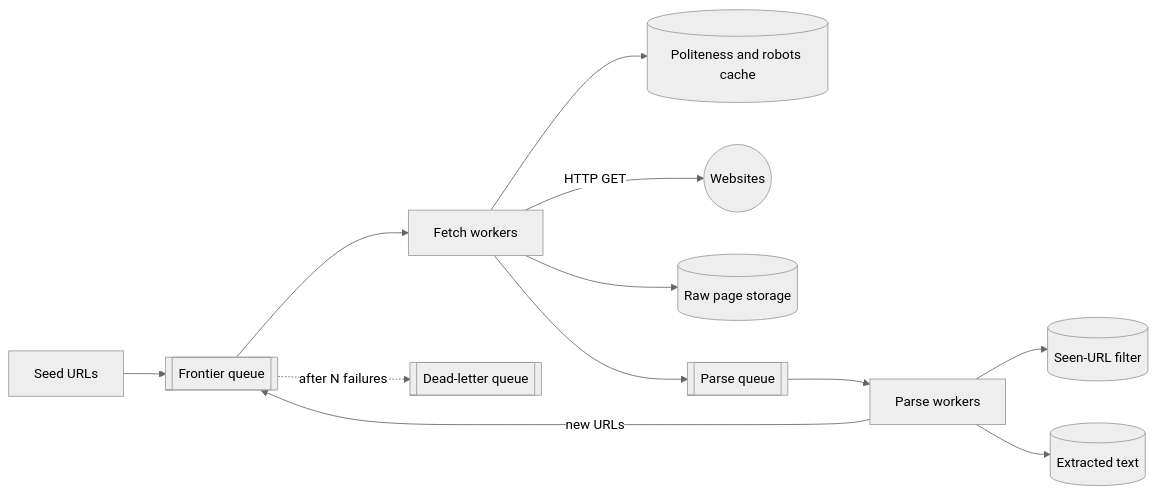
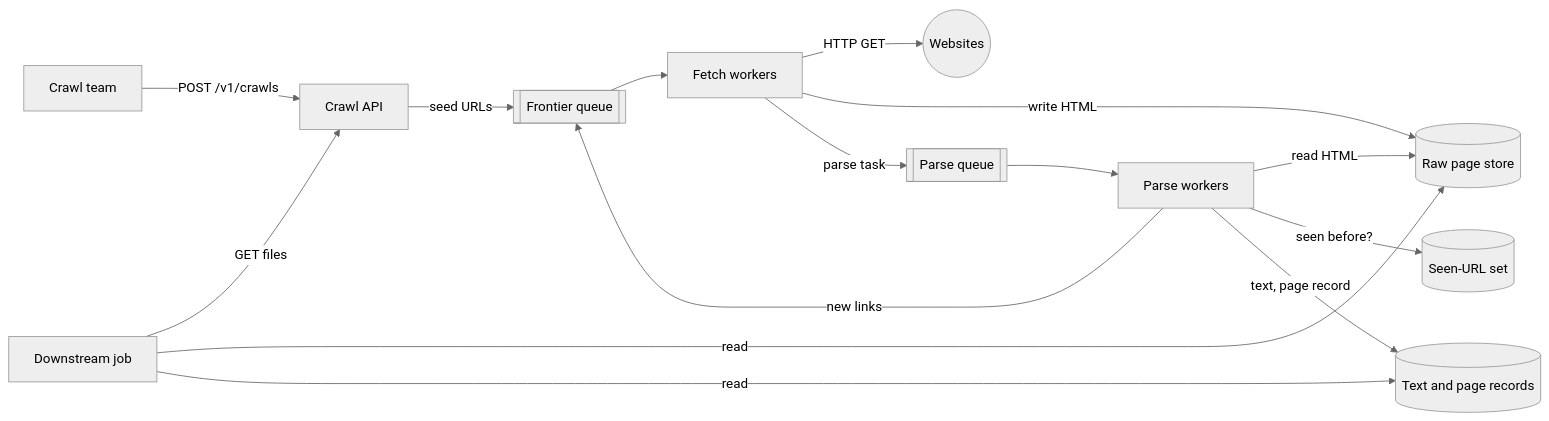
The second of 10 diagrams in docs/06-case-studies/web-crawler.md (spabolu/system-design-modern), drawn with Mermaid (neutral theme) before and after one commit. The commit also changed other lines of this file, not shown here.

Commit message:
Rewrite web crawler case study as a mock interview

````diff
--- a/docs/06-case-studies/web-crawler.md
+++ b/docs/06-case-studies/web-crawler.md
@@ -67,14 +142,17 @@
 ```mermaid
 flowchart LR
-  SEED[Seed URLs] --> FQ[[Frontier queue]]
-  FQ --> F[Fetch workers]
-  F --> POL[(Politeness and robots cache)]
-  F -->|"HTTP GET"| WEB((Websites))
-  F --> RAW[(Raw page storage)]
-  F --> PQ[[Parse queue]]
-  PQ --> P[Parse workers]
-  P --> SEEN[(Seen-URL filter)]
-  P -->|"new URLs"| FQ
-  P --> TXT[(Extracted text)]
-  FQ -.->|"after N failures"| DLQ[[Dead-letter queue]]
+  Team[Crawl team] -->|"POST /v1/crawls"| API[Crawl API]
+  API -->|"seed URLs"| FQ[["Frontier queue"]]
+  FQ --> FW[Fetch workers]
+  FW -->|"HTTP GET"| Web((Websites))
+  FW -->|"write HTML"| Raw[("Raw page store")]
+  FW -->|"parse task"| PQ[["Parse queue"]]
+  PQ --> PW[Parse workers]
+  PW -->|"read HTML"| Raw
+  PW -->|"seen before?"| Seen[("Seen-URL set")]
+  PW -->|"new links"| FQ
+  PW -->|"text, page record"| Text[("Text and page records")]
+  Reader[Downstream job] -->|"GET files"| API
+  Reader -->|"read"| Raw
+  Reader -->|"read"| Text
 ```
````
